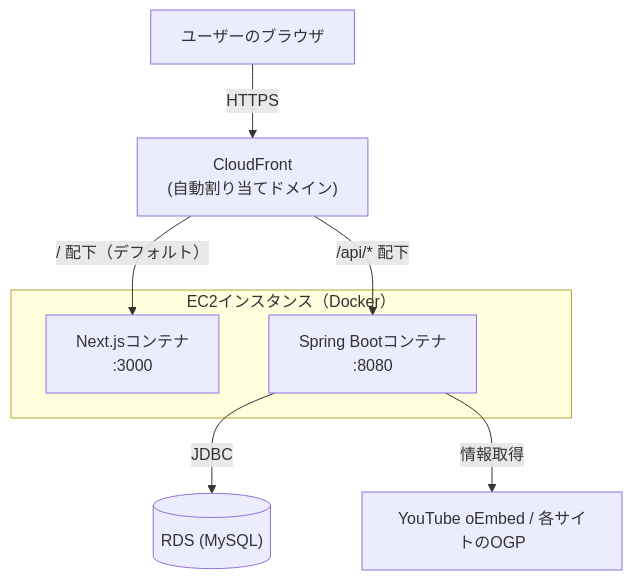
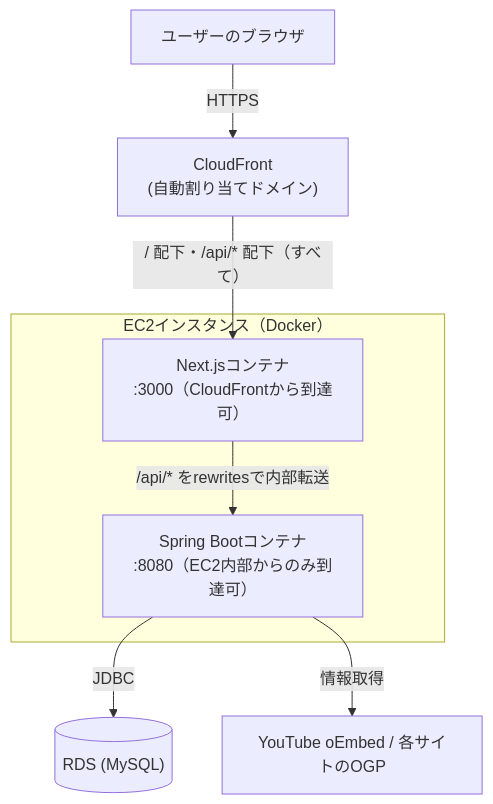
One commit to marinnk/RecipeManager changed the first of 3 diagrams in docs/basic-design.md. Above: the diagram before and after it, drawn with Mermaid. The commit also changed other lines of this file and 4 other files, not shown here.

````diff
--- a/docs/basic-design.md
+++ b/docs/basic-design.md
@@ -24,14 +26,14 @@
 ```mermaid
 flowchart TB
     User["ユーザーのブラウザ"] -- HTTPS --> CF["CloudFront<br/>(自動割り当てドメイン)"]
 
     subgraph EC2["EC2インスタンス（Docker）"]
-        NextJS["Next.jsコンテナ<br/>:3000"]
-        Spring["Spring Bootコンテナ<br/>:8080"]
+        NextJS["Next.jsコンテナ<br/>:3000（CloudFrontから到達可）"]
+        Spring["Spring Bootコンテナ<br/>:8080（EC2内部からのみ到達可）"]
     end
 
-    CF -- "/ 配下（デフォルト）" --> NextJS
-    CF -- "/api/* 配下" --> Spring
+    CF -- "/ 配下・/api/* 配下（すべて）" --> NextJS
+    NextJS -- "/api/* をrewritesで内部転送" --> Spring
     Spring -- JDBC --> RDS[("RDS (MySQL)")]
     Spring -- "情報取得" --> External["YouTube oEmbed / 各サイトのOGP"]
 ```
````
